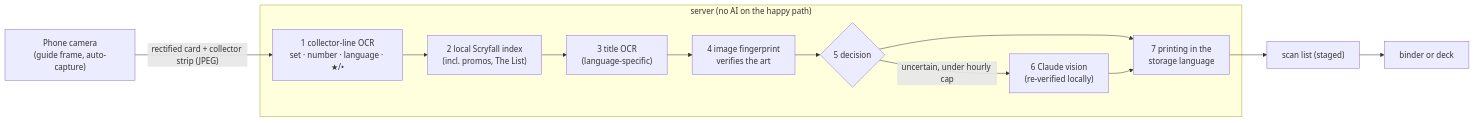
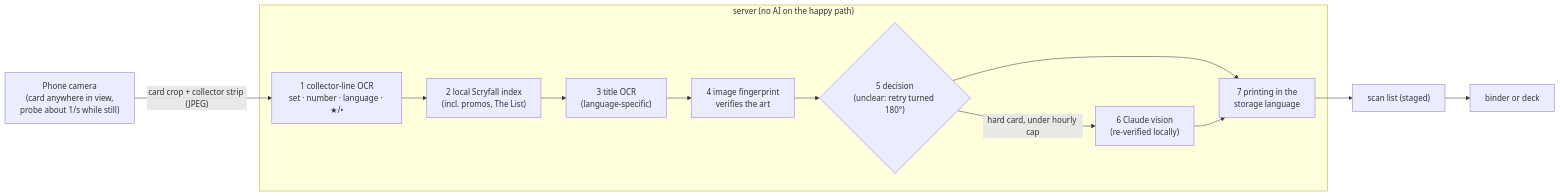
The first of 2 diagrams in README.md (klopfer-hello/mtg-planner), drawn with Mermaid before and after one commit. The commit also changed other lines of this file and 32 other files, not shown here.

````diff
--- a/README.md
+++ b/README.md
@@ -301,14 +354,14 @@
 ```mermaid
 flowchart LR
-  cam["Phone camera<br/>(guide frame, auto-capture)"] -- "rectified card + collector strip (JPEG)" --> id
+  cam["Phone camera<br/>(card anywhere in view,<br/>probe about 1/s while still)"] -- "card crop + collector strip (JPEG)" --> id
   subgraph server["server (no AI on the happy path)"]
     id["1 collector-line OCR<br/>set · number · language · ★/•"] --> idx["2 local Scryfall index<br/>(incl. promos, The List)"]
     idx --> title["3 title OCR<br/>(language-specific)"]
     title --> fp["4 image fingerprint<br/>verifies the art"]
-    fp --> dec{"5 decision"}
-    dec -- "uncertain, under hourly cap" --> cl["6 Claude vision<br/>(re-verified locally)"]
+    fp --> dec{"5 decision<br/>(unclear: retry turned 180°)"}
+    dec -- "hard card, under hourly cap" --> cl["6 Claude vision<br/>(re-verified locally)"]
     dec --> store["7 printing in the<br/>storage language"]
     cl --> store
   end
   store --> list["scan list (staged)"] --> target["binder or deck"]
 ```
````
